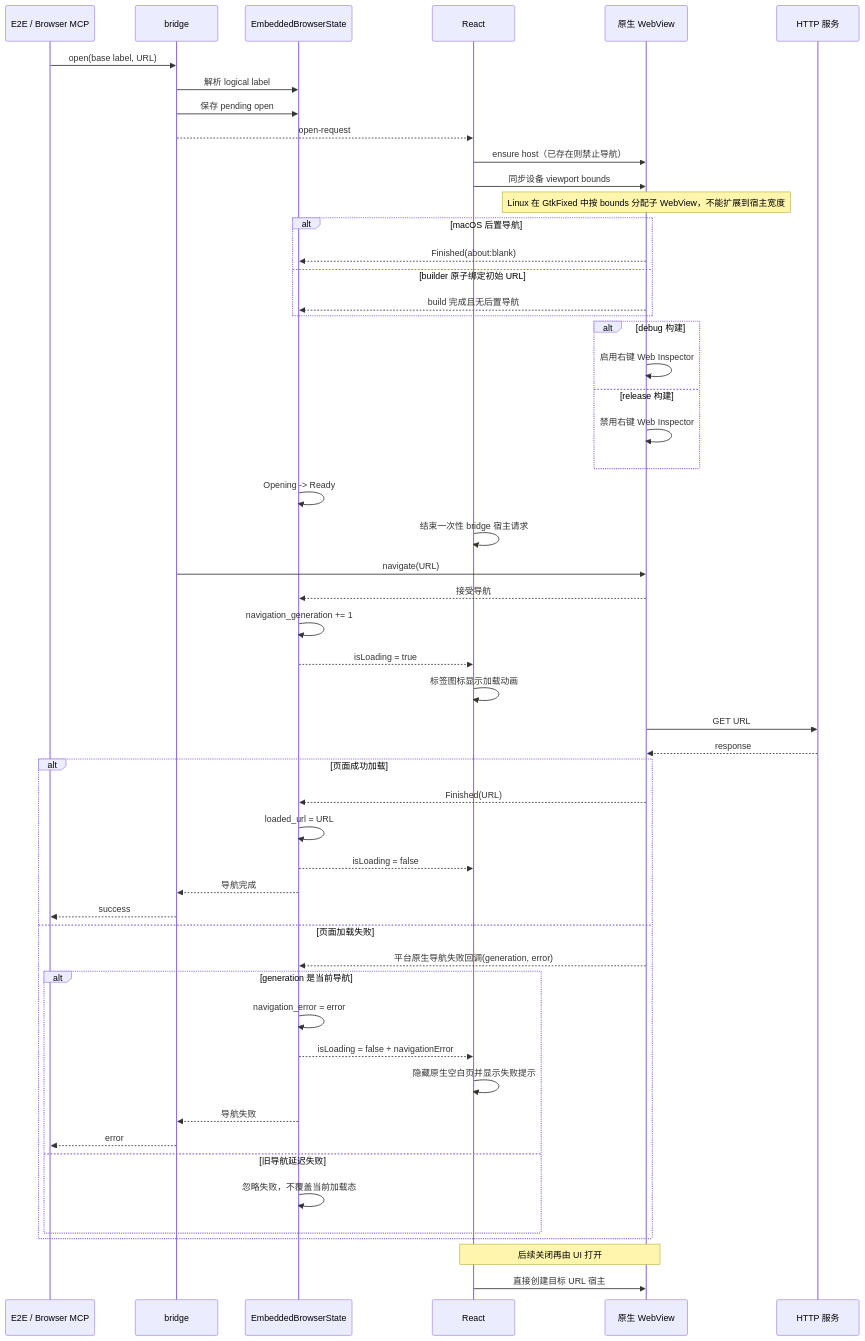
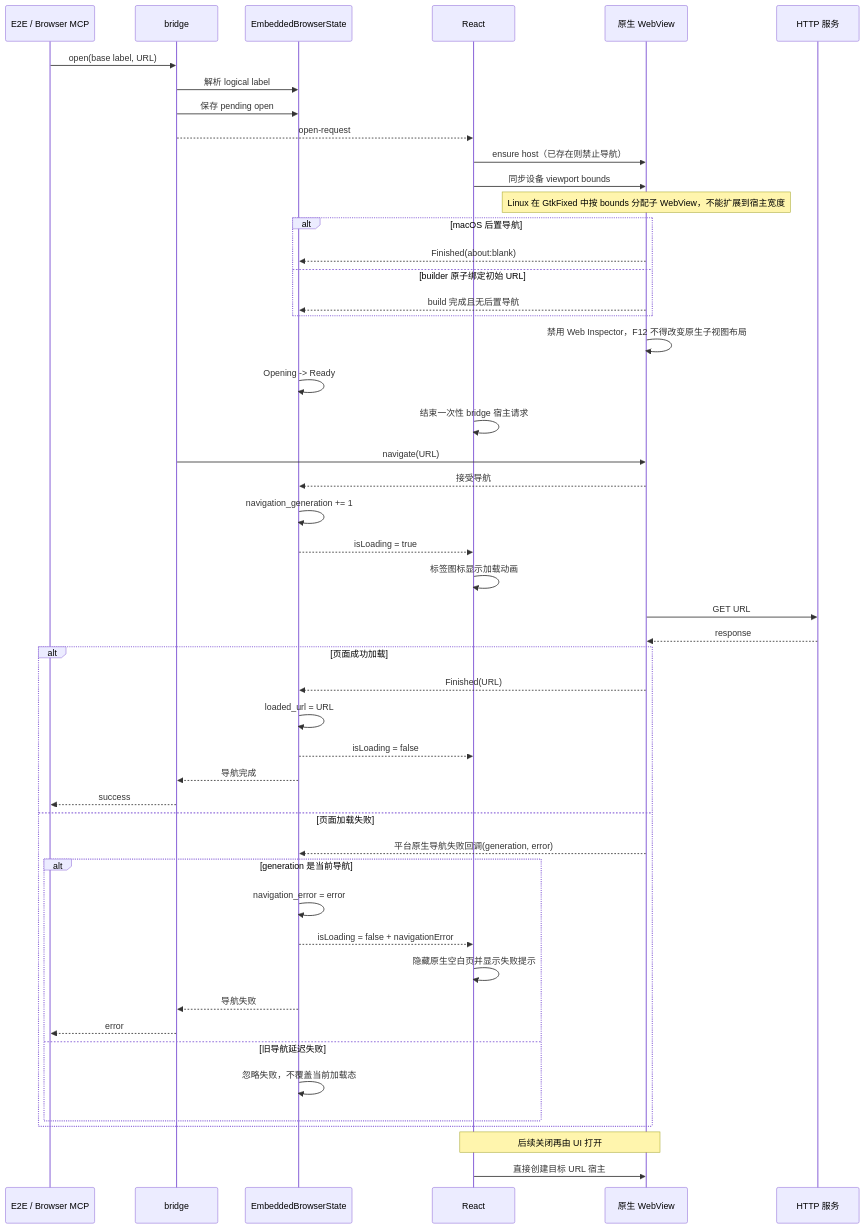
Before and after one commit to wecode-ai/Wegent: the second of 2 diagrams in docs/zh/architecture/embedded-browser.md, drawn with Mermaid. The commit also changed other lines of this file and 6 other files, not shown here.

````diff
--- a/docs/zh/architecture/embedded-browser.md
+++ b/docs/zh/architecture/embedded-browser.md
@@ -42,57 +40,53 @@
 ```mermaid
 sequenceDiagram
     participant C as E2E / Browser MCP
     participant B as bridge
     participant S as EmbeddedBrowserState
     participant R as React
     participant W as 原生 WebView
     participant H as HTTP 服务
 
     C->>B: open(base label, URL)
     B->>S: 解析 logical label
     B->>S: 保存 pending open
     B-->>R: open-request
     R->>W: ensure host（已存在则禁止导航）
     R->>W: 同步设备 viewport bounds
     Note over W: Linux 在 GtkFixed 中按 bounds 分配子 WebView，不能扩展到宿主宽度
     alt macOS 后置导航
         W-->>S: Finished(about:blank)
     else builder 原子绑定初始 URL
         W-->>S: build 完成且无后置导航
     end
-    alt debug 构建
-        W->>W: 启用右键 Web Inspector
-    else release 构建
-        W->>W: 禁用右键 Web Inspector
-    end
+    W->>W: 禁用 Web Inspector，F12 不得改变原生子视图布局
     S->>S: Opening -> Ready
     R->>R: 结束一次性 bridge 宿主请求
     B->>W: navigate(URL)
     W-->>S: 接受导航
     S->>S: navigation_generation += 1
     S-->>R: isLoading = true
     R->>R: 标签图标显示加载动画
     W->>H: GET URL
     H-->>W: response
     alt 页面成功加载
         W-->>S: Finished(URL)
         S->>S: loaded_url = URL
         S-->>R: isLoading = false
         S-->>B: 导航完成
         B-->>C: success
     else 页面加载失败
         W-->>S: 平台原生导航失败回调(generation, error)
         alt generation 是当前导航
             S->>S: navigation_error = error
             S-->>R: isLoading = false + navigationError
             R->>R: 隐藏原生空白页并显示失败提示
             S-->>B: 导航失败
             B-->>C: error
         else 旧导航延迟失败
             S->>S: 忽略失败，不覆盖当前加载态
         end
     end
 
     Note over R,W: 后续关闭再由 UI 打开
     R->>W: 直接创建目标 URL 宿主
 ```
````
